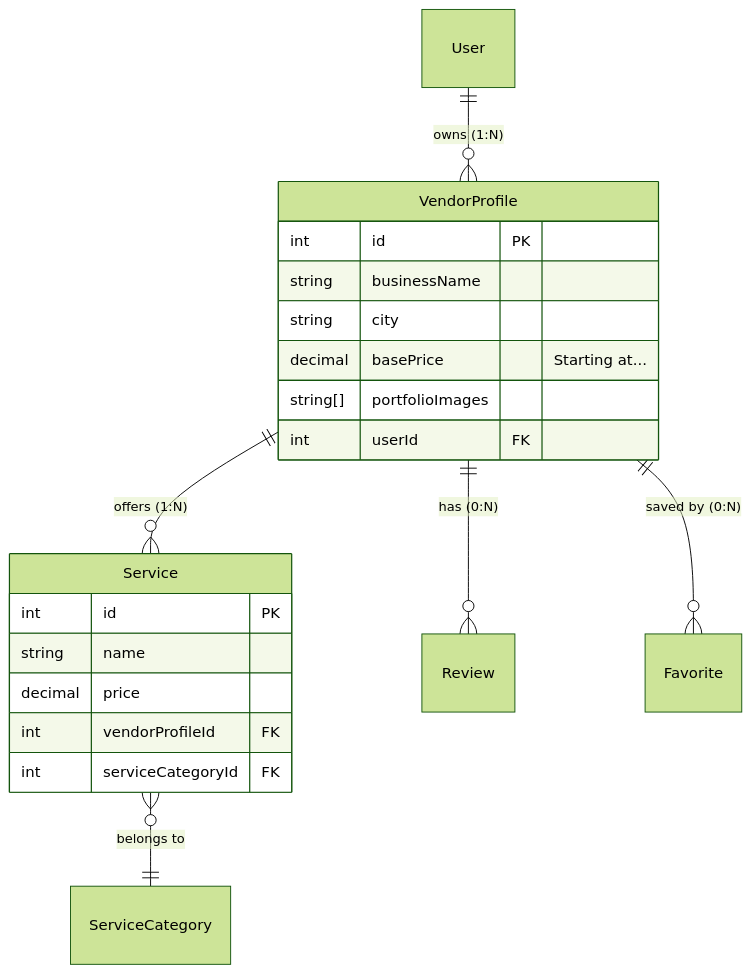
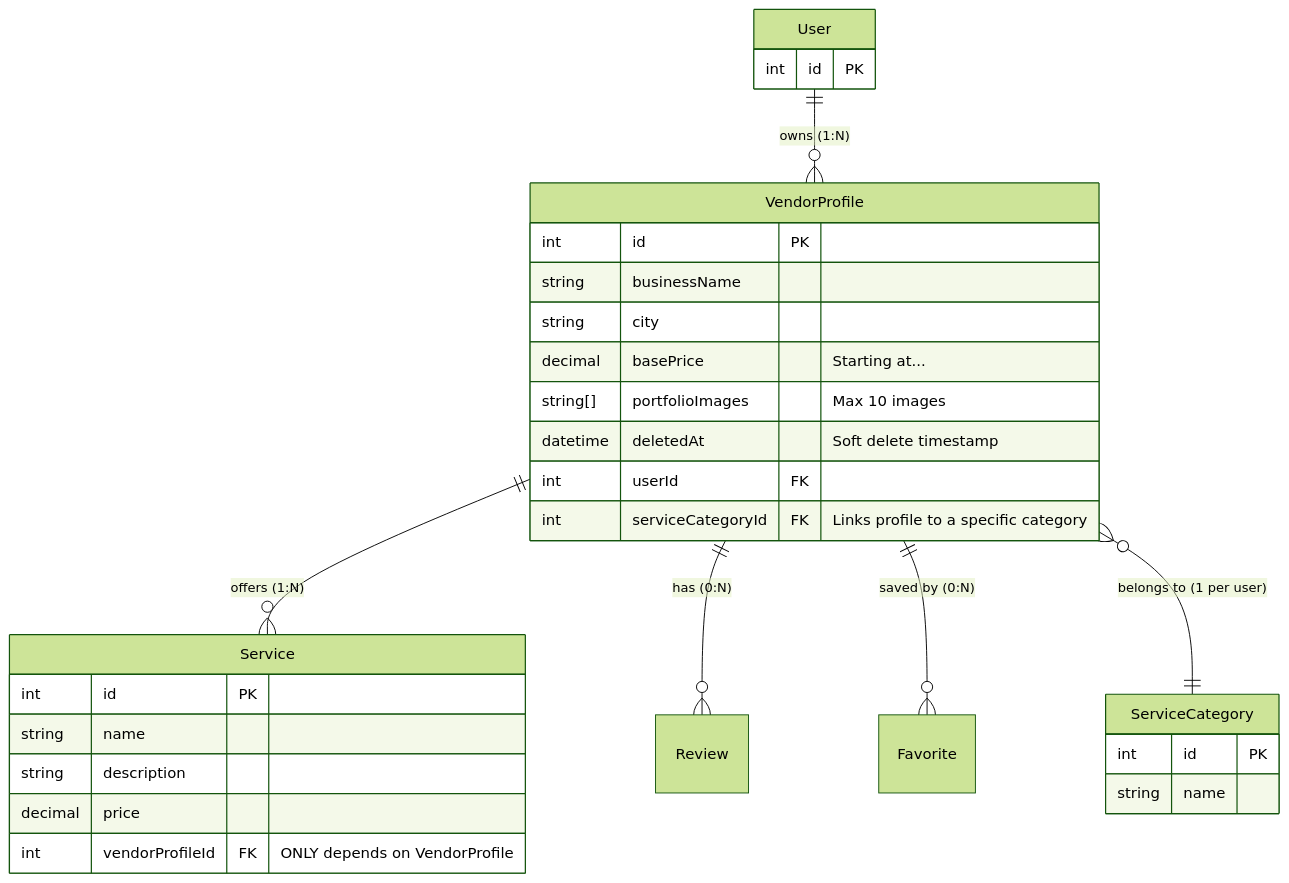
One commit to Matesfu/advert-app changed the first of 2 diagrams in docs/vendor_profile/implementation_plan.md. Above: the diagram before and after it, drawn with Mermaid (forest theme). The commit also changed other lines of this file and 12 other files, not shown here.

First line of the commit message:
feat(vendor): enforce one profile per category & decouple Service from ServiceCategory

````diff
--- a/docs/vendor_profile/implementation_plan.md
+++ b/docs/vendor_profile/implementation_plan.md
@@ -22,25 +35,36 @@
 ```mermaid
 erDiagram
     User ||--o{ VendorProfile : "owns (1:N)"
     VendorProfile ||--o{ Service : "offers (1:N)"
     VendorProfile ||--o{ Review : "has (0:N)"
     VendorProfile ||--o{ Favorite : "saved by (0:N)"
-    Service }o--|| ServiceCategory : "belongs to"
+    VendorProfile }o--|| ServiceCategory : "belongs to (1 per user)"
 
     VendorProfile {
         int id PK
         string businessName
         string city
         decimal basePrice "Starting at..."
-        string[] portfolioImages
+        string[] portfolioImages "Max 10 images"
+        datetime deletedAt "Soft delete timestamp"
         int userId FK
+        int serviceCategoryId FK "Links profile to a specific category"
     }
 
     Service {
         int id PK
         string name
+        string description
         decimal price
-        int vendorProfileId FK
-        int serviceCategoryId FK
+        int vendorProfileId FK "ONLY depends on VendorProfile"
+    }
+
+    User {
+        int id PK
+    }
+
+    ServiceCategory {
+        int id PK
+        string name
     }
 ```
````
